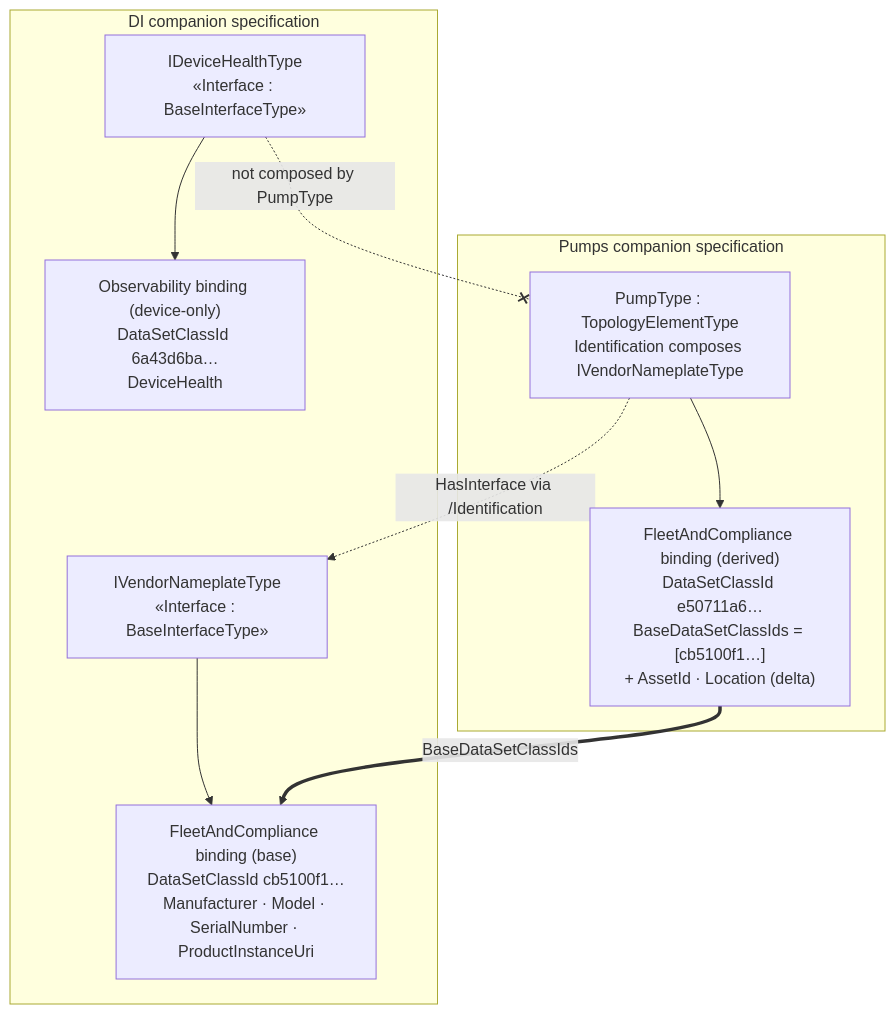
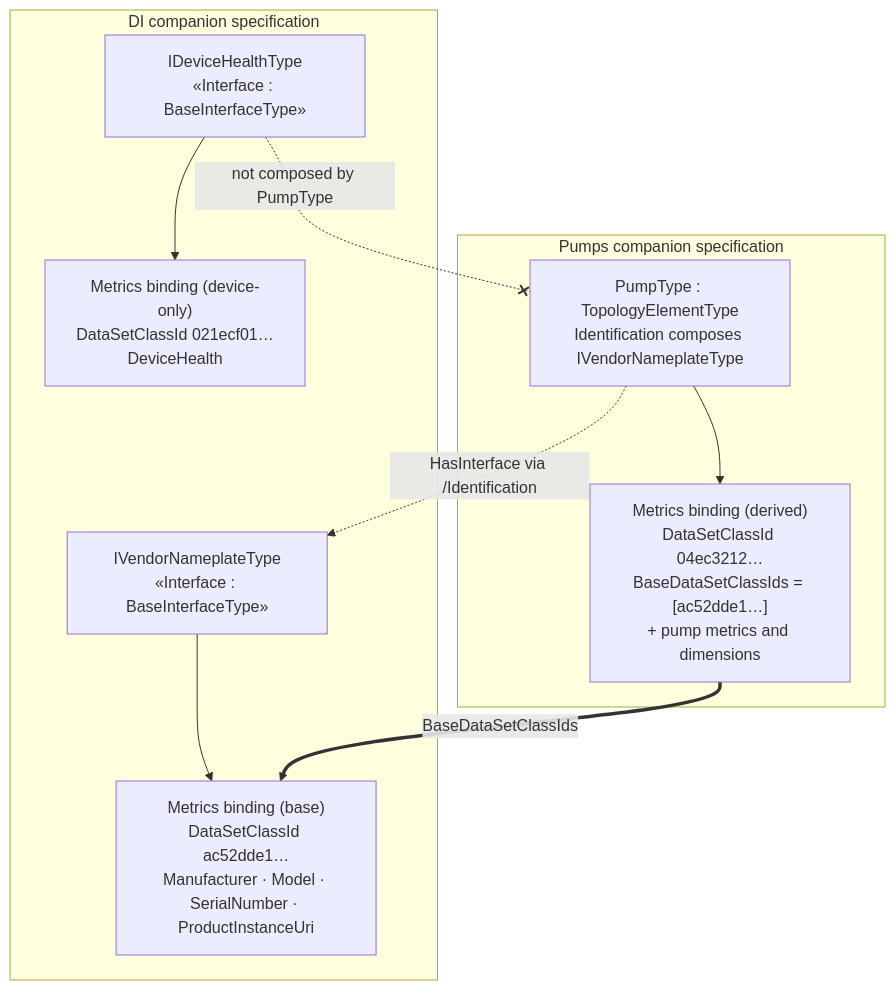
Before and after one commit to marcschier/opcua-drafts: the diagram in core-specs/observability-export/di/OPC-UA-DI-Pumps-Inheritance.md, drawn with Mermaid. The commit also changed other lines of this file and 22 other files, not shown here.

````diff
--- a/core-specs/observability-export/di/OPC-UA-DI-Pumps-Inheritance.md
+++ b/core-specs/observability-export/di/OPC-UA-DI-Pumps-Inheritance.md
@@ -22,19 +11,19 @@
 ```mermaid
 flowchart TD
   subgraph DI[DI companion specification]
     IVN["IVendorNameplateType<br/>«Interface : BaseInterfaceType»"]
-    BB["FleetAndCompliance binding (base)<br/>DataSetClassId cb5100f1…<br/>Manufacturer · Model · SerialNumber · ProductInstanceUri"]
+    BB["Metrics binding (base)<br/>DataSetClassId ac52dde1…<br/>Manufacturer · Model · SerialNumber · ProductInstanceUri"]
     IDH["IDeviceHealthType<br/>«Interface : BaseInterfaceType»"]
-    HB["Observability binding (device-only)<br/>DataSetClassId 6a43d6ba…<br/>DeviceHealth"]
+    HB["Metrics binding (device-only)<br/>DataSetClassId 021ecf01…<br/>DeviceHealth"]
     IVN --> BB
     IDH --> HB
   end
   subgraph P[Pumps companion specification]
     PT["PumpType : TopologyElementType<br/>Identification composes IVendorNameplateType"]
-    DB["FleetAndCompliance binding (derived)<br/>DataSetClassId e50711a6…<br/>BaseDataSetClassIds = [cb5100f1…]<br/>+ AssetId · Location (delta)"]
+    DB["Metrics binding (derived)<br/>DataSetClassId 04ec3212…<br/>BaseDataSetClassIds = [ac52dde1…]<br/>+ pump metrics and dimensions"]
     PT --> DB
   end
   PT -. HasInterface via /Identification .-> IVN
   DB == BaseDataSetClassIds ==> BB
   IDH -. "not composed by PumpType" .-x PT
 ```
````
